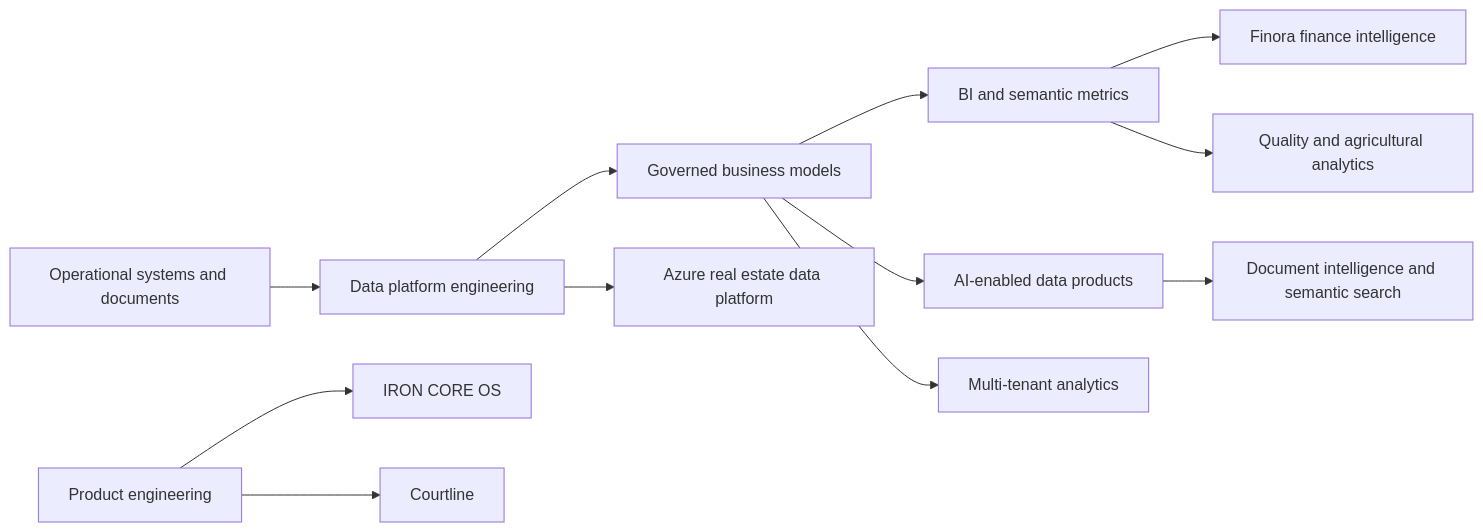
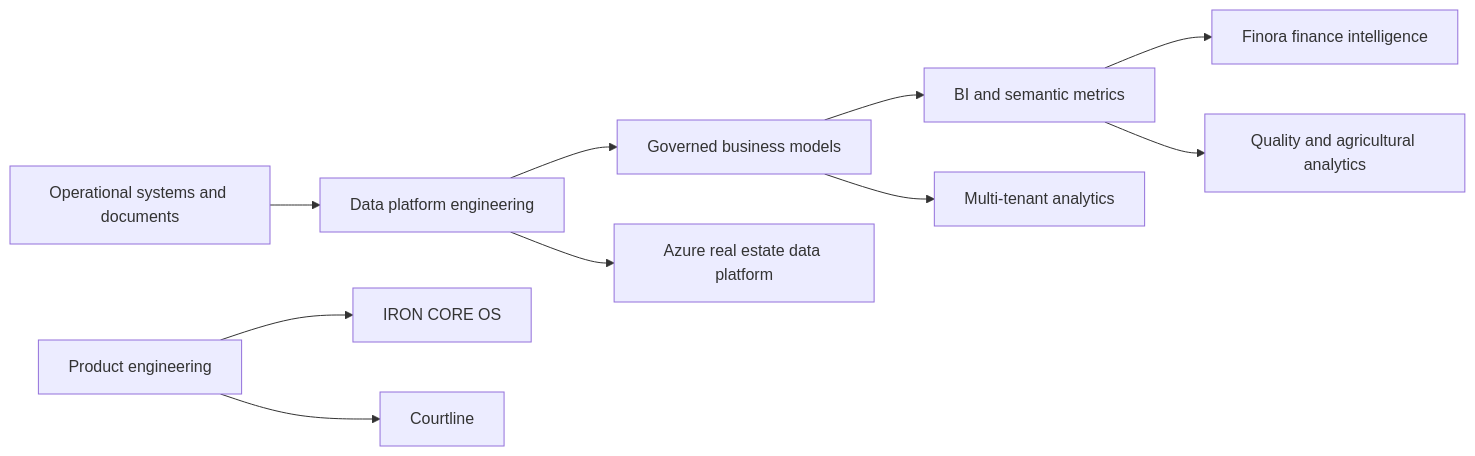
The diagram in README.md (Hamzabakh1/hamzabakh1), drawn with Mermaid before and after one commit. The commit also changed other lines of this file and 1 other file, not shown here.

````diff
--- a/README.md
+++ b/README.md
@@ -39,16 +37,14 @@
 ```mermaid
 flowchart LR
     Sources[Operational systems and documents] --> Platform[Data platform engineering]
     Platform --> Models[Governed business models]
     Models --> BI[BI and semantic metrics]
-    Models --> AI[AI-enabled data products]
 
     BI --> Finora[Finora finance intelligence]
     Platform --> Azure[Azure real estate data platform]
     BI --> Quality[Quality and agricultural analytics]
     Models --> MultiTenant[Multi-tenant analytics]
-    AI --> Documents[Document intelligence and semantic search]
 
     Product[Product engineering] --> Iron[IRON CORE OS]
     Product --> Courtline[Courtline]
 ```
````
